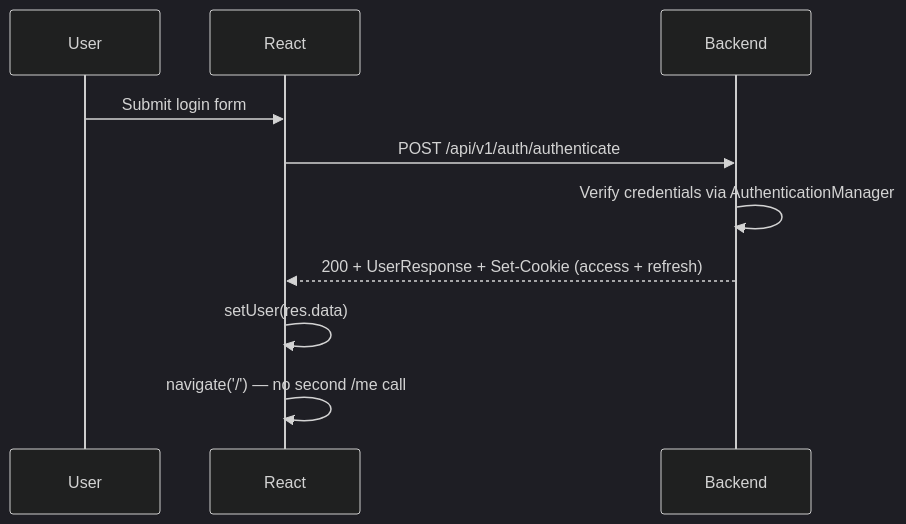
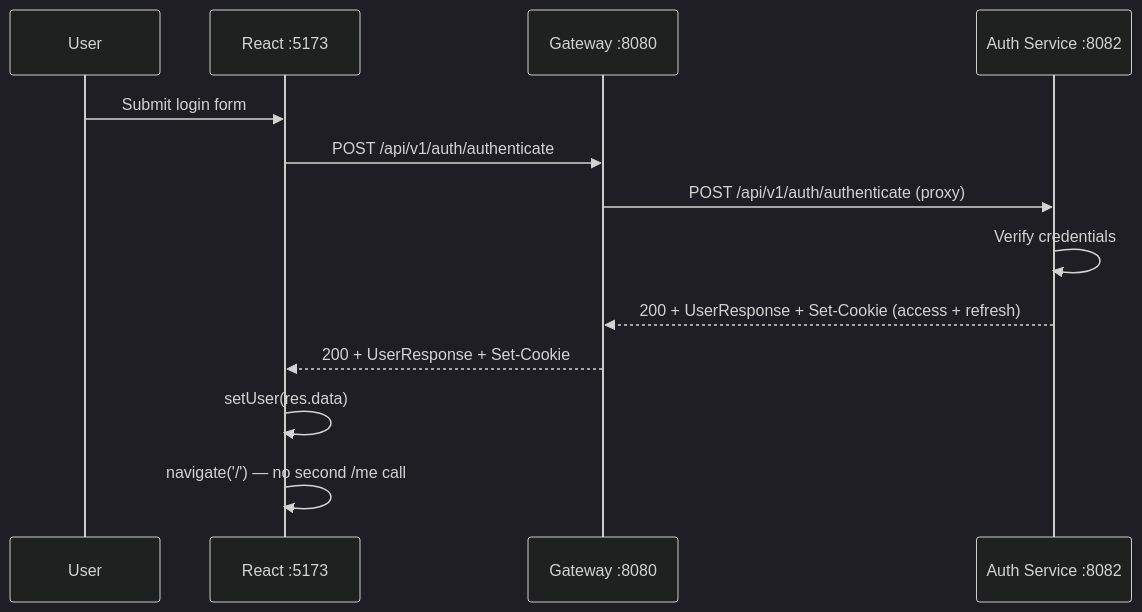
One commit to gnl-org/workhub changed the third of 7 diagrams in docs/authentication_flow.md. Above: the diagram before and after it, drawn with Mermaid (dark theme). The commit also changed other lines of this file, not shown here.

Commit message:
update auth flow doc

````diff
--- a/docs/authentication_flow.md
+++ b/docs/authentication_flow.md
@@ -190,13 +229,16 @@
 ```mermaid
 sequenceDiagram
     participant U as User
-    participant FE as React
-    participant BE as Backend
+    participant FE as React :5173
+    participant GW as Gateway :8080
+    participant AS as Auth Service :8082
 
     U->>FE: Submit login form
-    FE->>BE: POST /api/v1/auth/authenticate
-    BE->>BE: Verify credentials via AuthenticationManager
-    BE-->>FE: 200 + UserResponse + Set-Cookie (access + refresh)
+    FE->>GW: POST /api/v1/auth/authenticate
+    GW->>AS: POST /api/v1/auth/authenticate (proxy)
+    AS->>AS: Verify credentials
+    AS-->>GW: 200 + UserResponse + Set-Cookie (access + refresh)
+    GW-->>FE: 200 + UserResponse + Set-Cookie
     FE->>FE: setUser(res.data)
     FE->>FE: navigate('/') — no second /me call
 ```
````
